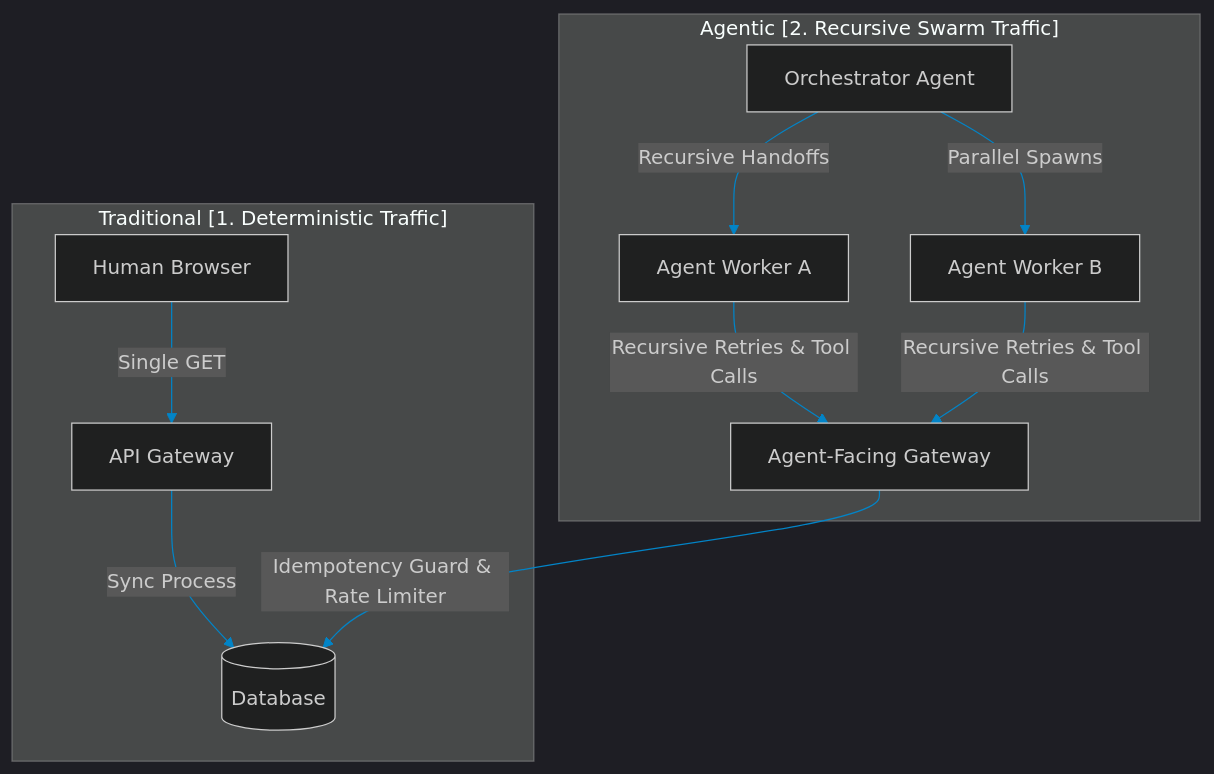
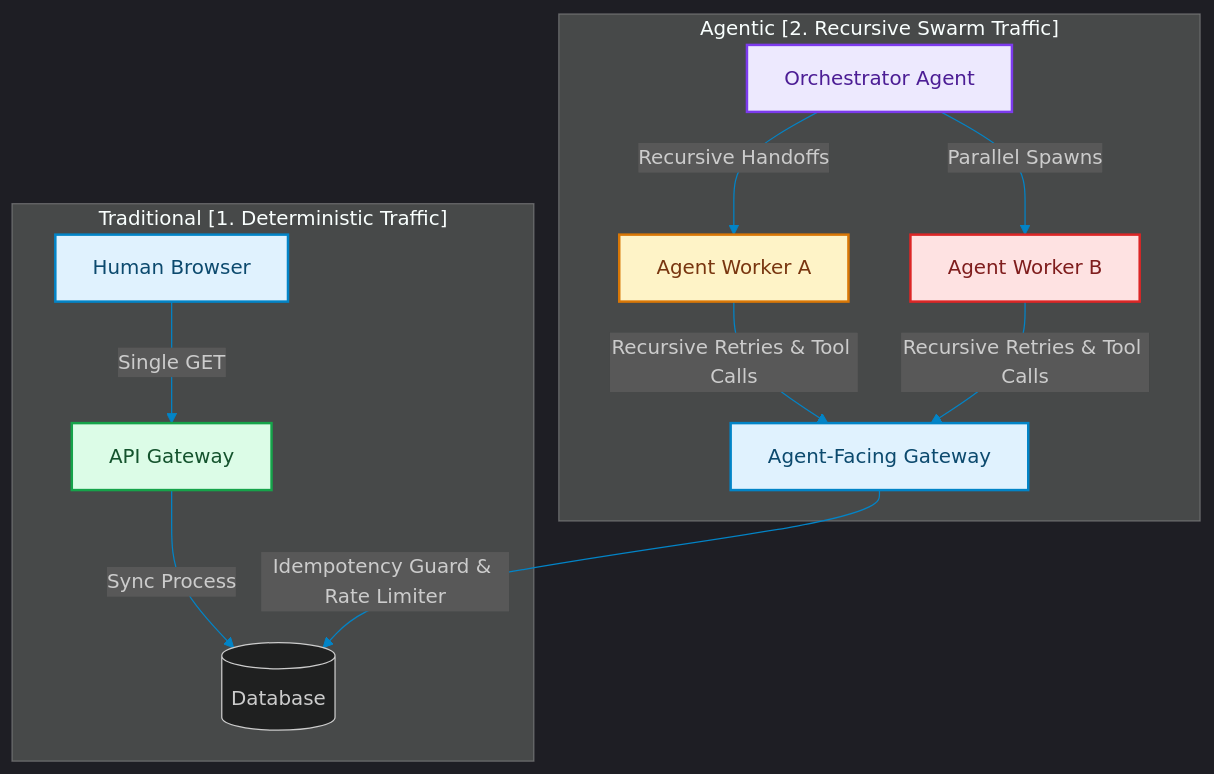
The diagram in blog/posts/system-design-agentic-apis-rate-limiting.md (akmalkhaniub/akmalkhaniub.github.io), drawn with Mermaid before and after one commit. The commit also changed other lines of this file and 1291 other files, not shown here.

First line of the commit message:
feat(catalog): unique covers, scholarly references, and diagram palettes

````diff
--- a/blog/posts/system-design-agentic-apis-rate-limiting.md
+++ b/blog/posts/system-design-agentic-apis-rate-limiting.md
@@ -17,16 +17,27 @@
 ```mermaid
 %%{init: {'theme': 'dark', 'themeVariables': { 'primaryColor': '#0284c7', 'primaryTextColor': '#f3f4f6', 'primaryBorderColor': '#38bdf8', 'lineColor': '#0284c7', 'secondaryColor': '#111827', 'tertiaryColor': '#0b0f19'}}}%%
 flowchart TD
     subgraph SG1_Traditional1Deterministic ["Traditional [1. Deterministic Traffic]"]
-        User[Human Browser] -->|Single GET| Gate[API Gateway]
+        User["Human Browser"] -->|Single GET| Gate["API Gateway"]
         Gate -->|Sync Process| DB[(Database)]
     end
 
     subgraph SG2_Agentic2Recursive ["Agentic [2. Recursive Swarm Traffic]"]
-        Agent[Orchestrator Agent] -->|Recursive Handoffs| A1[Agent Worker A]
-        Agent -->|Parallel Spawns| A2[Agent Worker B]
-        A1 -->|Recursive Retries & Tool Calls| ToolGate[Agent-Facing Gateway]
+        Agent["Orchestrator Agent"] -->|Recursive Handoffs| A1["Agent Worker A"]
+        Agent -->|Parallel Spawns| A2["Agent Worker B"]
+        A1 -->|Recursive Retries & Tool Calls| ToolGate["Agent-Facing Gateway"]
         A2 -->|Recursive Retries & Tool Calls| ToolGate
         ToolGate -->|Idempotency Guard & Rate Limiter| DB
     end
+
+classDef green fill:#dcfce7,stroke:#16a34a,stroke-width:2px,color:#14532d;
+classDef red fill:#fee2e2,stroke:#dc2626,stroke-width:2px,color:#7f1d1d;
+classDef blue fill:#e0f2fe,stroke:#0284c7,stroke-width:2px,color:#0c4a6e;
+classDef yellow fill:#fef3c7,stroke:#d97706,stroke-width:2px,color:#78350f;
+classDef purple fill:#ede9fe,stroke:#7c3aed,stroke-width:2px,color:#4c1d95;
+class User,ToolGate blue
+class Gate green
+class Agent purple
+class A1 yellow
+class A2 red
 ```
````
